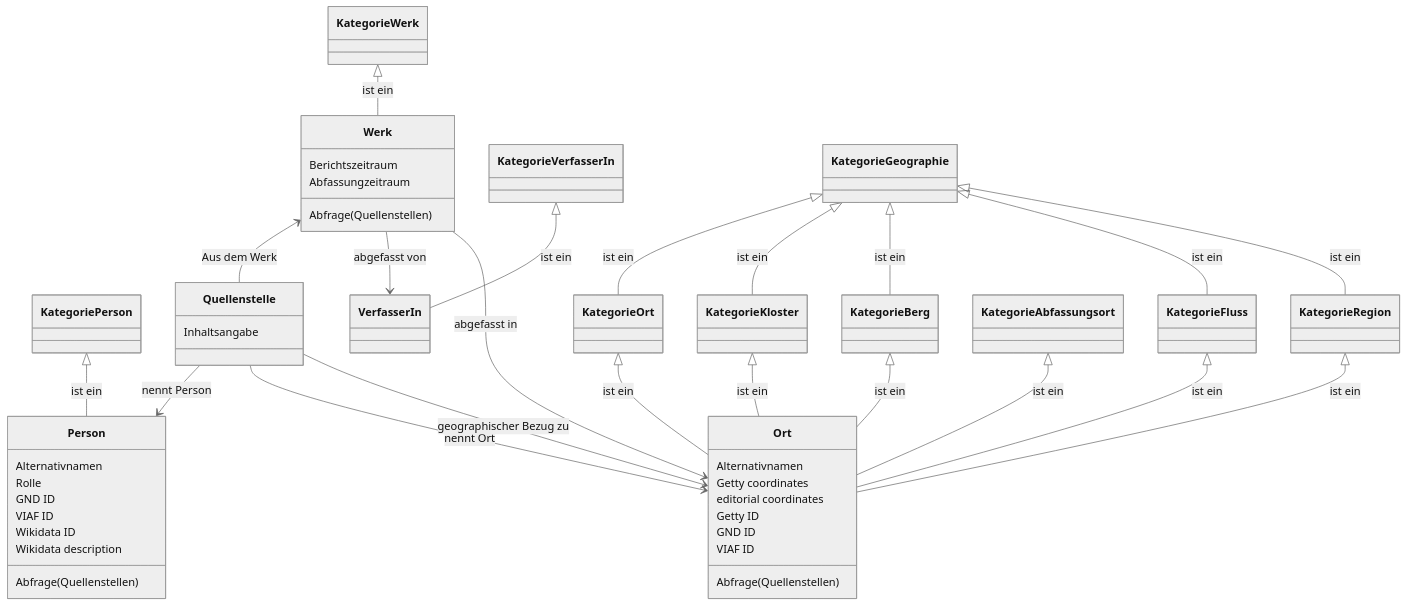
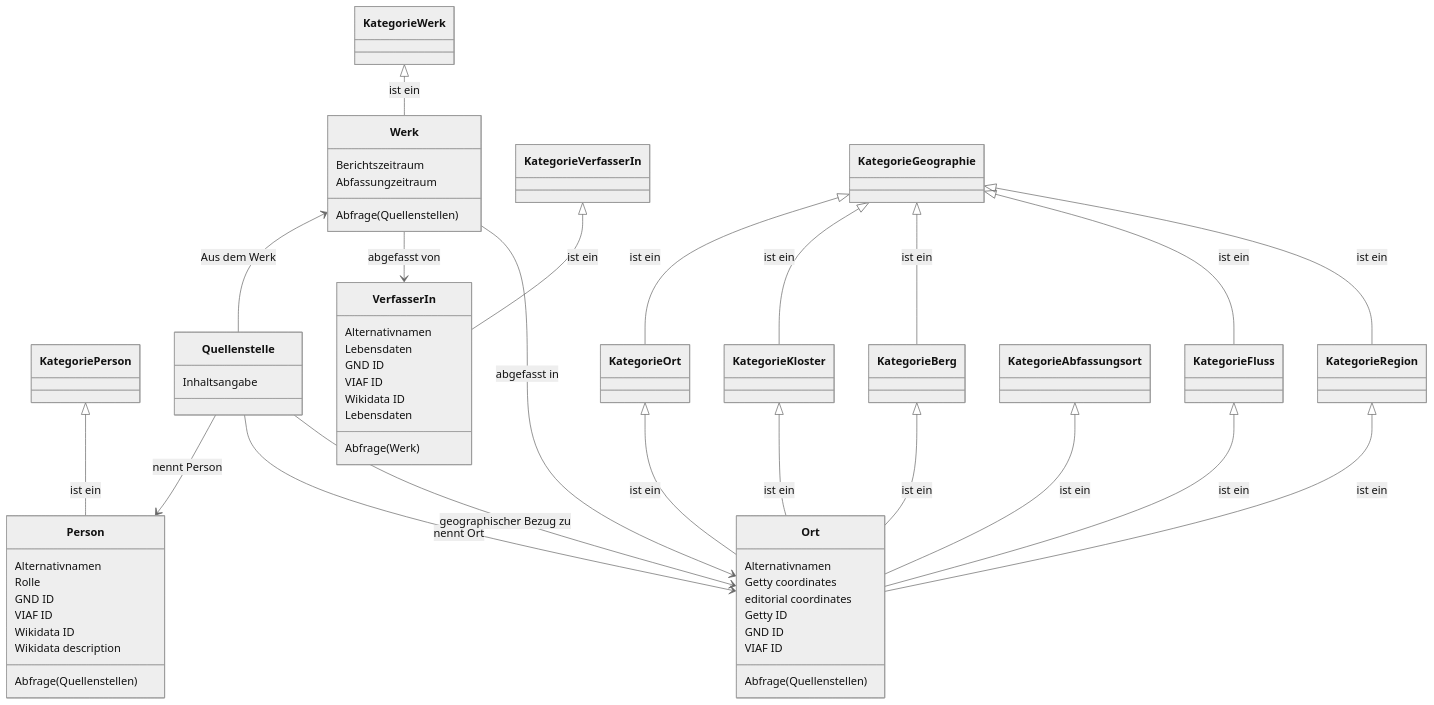
The diagram in datenmodell/Readme.MD (cceh/sarazenen-wiki), drawn with Mermaid (neutral theme) before and after one commit.

````diff
--- a/datenmodell/Readme.MD
+++ b/datenmodell/Readme.MD
@@ -1,75 +1,82 @@
 ```mermaid
 
 classDiagram
 
     class KategorieWerk
     KategorieWerk <|-- Werk : ist ein 
     
     cass KategoriePerson
     KategoriePerson <|-- Person : ist ein 
     
     cass KategorieVerfasserIn
     KategorieVerfasserIn <|-- VerfasserIn : ist ein 
     
     class KategorieGeographie
     KategorieGeographie <|-- KategorieOrt: ist ein
     KategorieGeographie <|-- KategorieKloster: ist ein
     KategorieGeographie <|-- KategorieBerg: ist ein
     KategorieGeographie <|-- KategorieFluss: ist ein
     KategorieGeographie <|-- KategorieRegion: ist ein
     
     class KategorieOrt
     KategorieOrt <|-- Ort : ist ein 
     
     class KategorieKloster
     KategorieKloster <|-- Ort : ist ein 
     
     class KategorieBerg
     KategorieBerg <|-- Ort : ist ein 
     
     class KategorieFluss
     KategorieFluss <|-- Ort : ist ein 
     
     class KategorieRegion
     KategorieRegion <|-- Ort : ist ein
     
     class KategorieAbfassungsort
     KategorieAbfassungsort <|-- Ort : ist ein 
     
     class Werk
     Werk: Berichtszeitraum 
     Werk: Abfassungzeitraum
     Werk <-- Quellenstelle : Aus dem Werk
     Werk --> VerfasserIn : abgefasst von
     Werk --> Ort : abgefasst in
     Werk: Abfrage(Quellenstellen)
     
     class VerfasserIn
+    VerfasserIn: Alternativnamen
+    VerfasserIn: Lebensdaten
+    VerfasserIn: GND ID
+    VerfasserIn: VIAF ID
+    VerfasserIn: Wikidata ID
+    VerfasserIn: Lebensdaten
+    VerfasserIn: Abfrage(Werk)
 
     class Quellenstelle
     Quellenstelle: Inhaltsangabe
     Quellenstelle --> Person : nennt Person
     Quellenstelle --> Ort : nennt Ort  
     Quellenstelle --> Ort : geographischer Bezug zu 
 
     class Person
     Person: Alternativnamen
     Person: Rolle
     Person: GND ID
     Person: VIAF ID
     Person: Wikidata ID
     Person: Wikidata description
     Person: Abfrage(Quellenstellen)
 
     class Ort
     Ort: Alternativnamen
     Ort: Getty coordinates
     Ort: editorial coordinates
     Ort: Getty ID
     Ort: GND ID
     Ort: VIAF ID
     Ort: Abfrage(Quellenstellen)
     
 end
 
 ```
````
